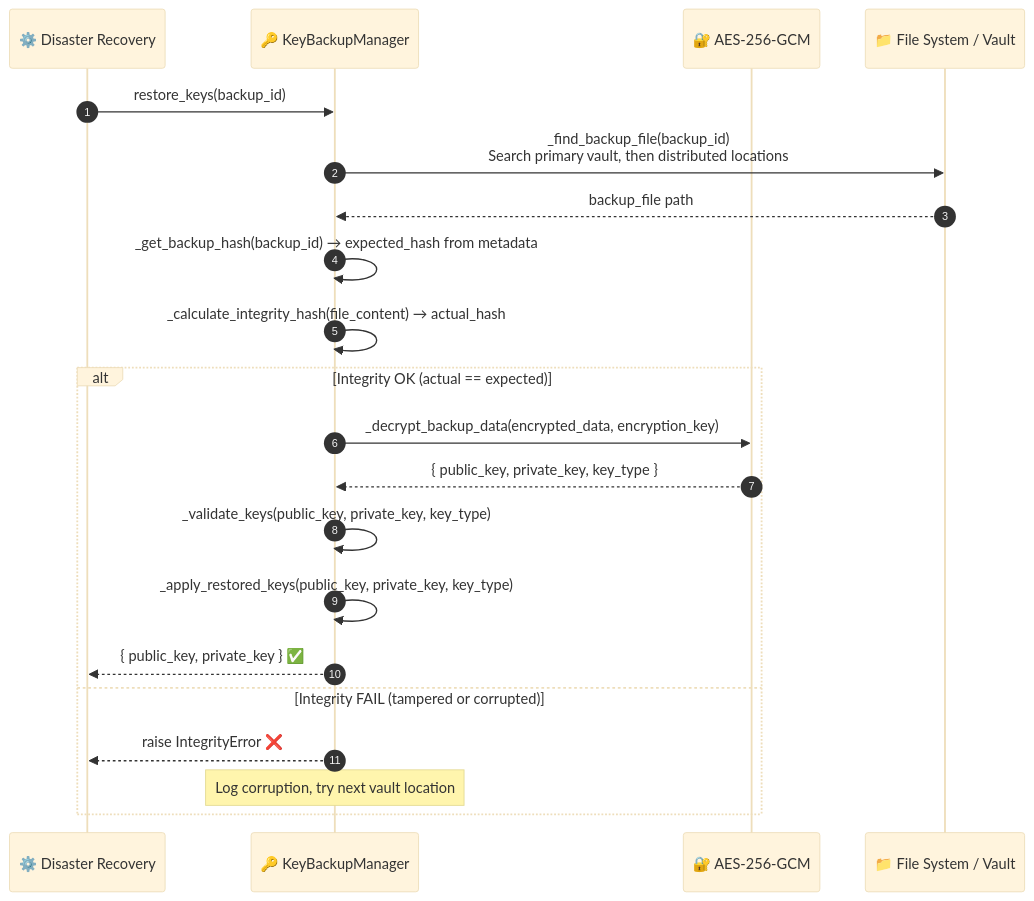
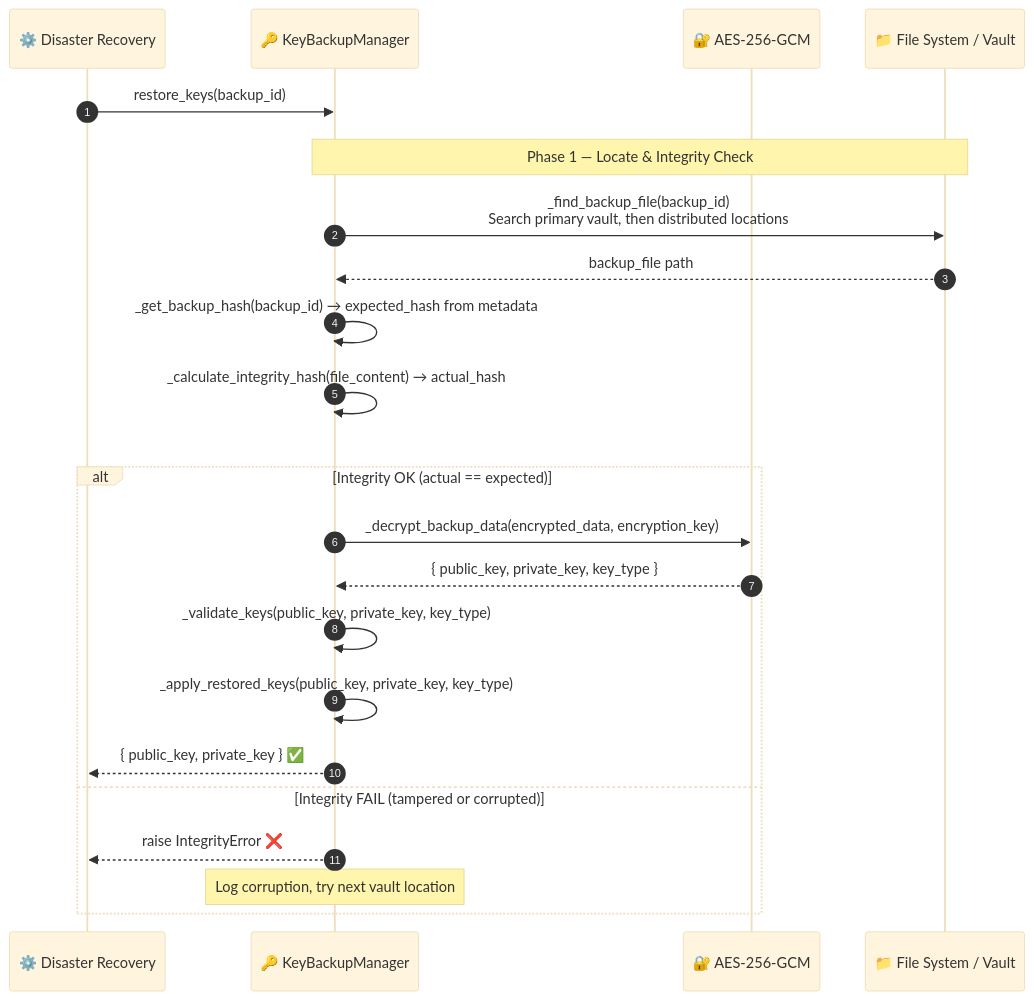
One commit to VanDung-dev/HieraChain changed the second of 3 diagrams in docs/workflows/wf-16-key-backup.md. Above: the diagram before and after it, drawn with Mermaid (base theme). The commit also changed other lines of this file and 7 other files, not shown here.

First line of the commit message:
docs(workflows): standardize sequence diagrams and remove hardcoded styling

````diff
--- a/docs/workflows/wf-16-key-backup.md
+++ b/docs/workflows/wf-16-key-backup.md
@@ -56,26 +65,29 @@
 ```mermaid
 sequenceDiagram
     autonumber
     participant Trigger as ⚙️ Disaster Recovery
     participant KBM as 🔑 KeyBackupManager
     participant AES as 🔐 AES-256-GCM
     participant FS as 📁 File System / Vault
 
     Trigger->>KBM: restore_keys(backup_id)
-    KBM->>FS: _find_backup_file(backup_id)<br/>Search primary vault, then distributed locations
-    FS-->>KBM: backup_file path
+    rect rgb(0, 0, 0, 0)
+        Note over KBM,FS: Phase 1 — Locate & Integrity Check
+        KBM->>FS: _find_backup_file(backup_id)<br/>Search primary vault, then distributed locations
+        FS-->>KBM: backup_file path
 
-    KBM->>KBM: _get_backup_hash(backup_id) → expected_hash from metadata
-    KBM->>KBM: _calculate_integrity_hash(file_content) → actual_hash
+        KBM->>KBM: _get_backup_hash(backup_id) → expected_hash from metadata
+        KBM->>KBM: _calculate_integrity_hash(file_content) → actual_hash
+    end
 
     alt Integrity OK (actual == expected)
         KBM->>AES: _decrypt_backup_data(encrypted_data, encryption_key)
         AES-->>KBM: { public_key, private_key, key_type }
         KBM->>KBM: _validate_keys(public_key, private_key, key_type)
         KBM->>KBM: _apply_restored_keys(public_key, private_key, key_type)
         KBM-->>Trigger: { public_key, private_key } ✅
     else Integrity FAIL (tampered or corrupted)
         KBM-->>Trigger: raise IntegrityError ❌
         Note over KBM: Log corruption, try next vault location
     end
 ```
````
